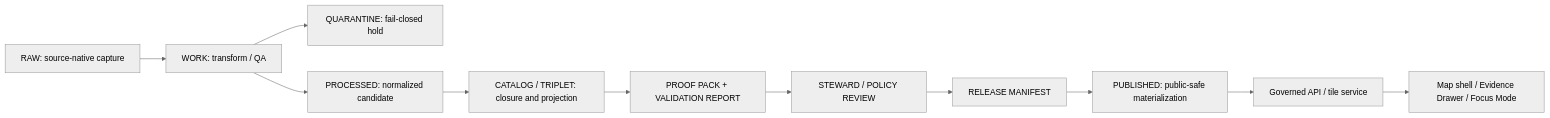
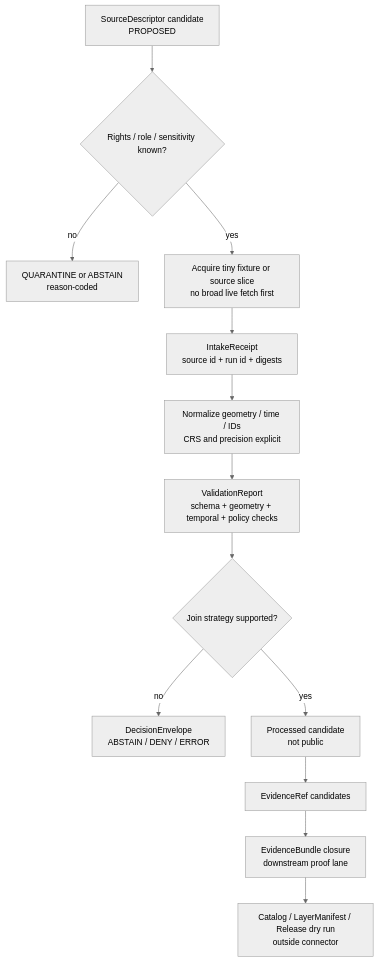
Before and after one commit to bartytime4life/Kansas-Frontier-Matrix: the diagram in connectors/county/README.md, drawn with Mermaid (neutral theme). The commit also changed other lines of this file, not shown here.

````diff
--- a/connectors/county/README.md
+++ b/connectors/county/README.md
@@ -138,13 +166,15 @@
 ```mermaid
-flowchart LR
-    RAW[RAW: source-native capture] --> WORK[WORK: transform / QA]
-    WORK --> QUARANTINE[QUARANTINE: fail-closed hold]
-    WORK --> PROCESSED[PROCESSED: normalized candidate]
-    PROCESSED --> CATALOG[CATALOG / TRIPLET: closure and projection]
-    CATALOG --> PROOF[PROOF PACK + VALIDATION REPORT]
-    PROOF --> REVIEW[STEWARD / POLICY REVIEW]
-    REVIEW --> RELEASE[RELEASE MANIFEST]
-    RELEASE --> PUBLISHED[PUBLISHED: public-safe materialization]
-    PUBLISHED --> API[Governed API / tile service]
-    API --> UI[Map shell / Evidence Drawer / Focus Mode]
+flowchart TD
+  A[SourceDescriptor candidate<br/>PROPOSED] --> B{Rights / role / sensitivity known?}
+  B -- no --> Q[QUARANTINE or ABSTAIN<br/>reason-coded]
+  B -- yes --> C[Acquire tiny fixture or source slice<br/>no broad live fetch first]
+  C --> D[IntakeReceipt<br/>source id + run id + digests]
+  D --> E[Normalize geometry / time / IDs<br/>CRS and precision explicit]
+  E --> F[ValidationReport<br/>schema + geometry + temporal + policy checks]
+  F --> G{Join strategy supported?}
+  G -- no --> H[DecisionEnvelope<br/>ABSTAIN / DENY / ERROR]
+  G -- yes --> I[Processed candidate<br/>not public]
+  I --> J[EvidenceRef candidates]
+  J --> K[EvidenceBundle closure<br/>downstream proof lane]
+  K --> L[Catalog / LayerManifest / Release dry run<br/>outside connector]
 ```
````
